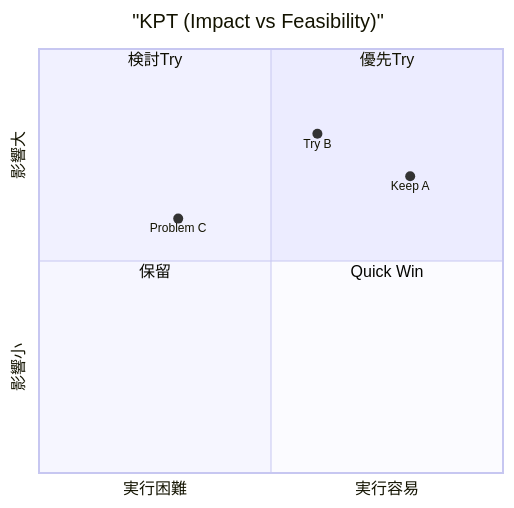
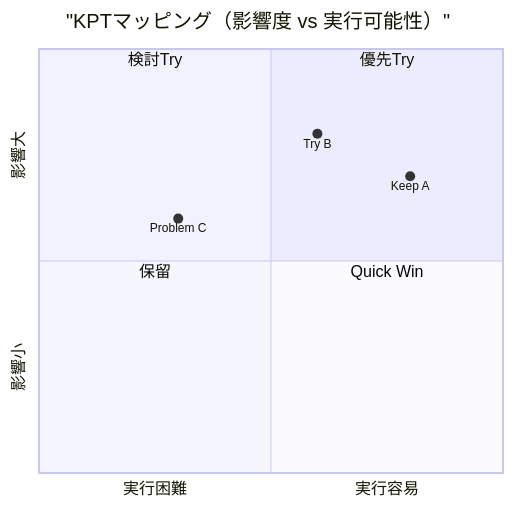
The diagram in docs/templates/productivity/kpt-retrospective-ja.md (9BwgeBTPG-QH/mark-it-down), drawn with Mermaid before and after one commit.

Commit message:
Translate KPT chart title to Japanese for improved clarity
- Updated the KPT chart title in the Japanese retrospective template to "KPTマッピング（影響度 vs 実行可能性）" for better understanding among Japanese users.
- This change enhances the accessibility and usability of the template for the intended audience.

````diff
--- a/docs/templates/productivity/kpt-retrospective-ja.md
+++ b/docs/templates/productivity/kpt-retrospective-ja.md
@@ -22,13 +22,13 @@
 ```mermaid
 quadrantChart
-    title "KPT (Impact vs Feasibility)"
+    title "KPTマッピング（影響度 vs 実行可能性）"
     x-axis "実行困難" --> "実行容易"
     y-axis "影響小" --> "影響大"
     quadrant-1 "優先Try"
     quadrant-2 "検討Try"
     quadrant-3 "保留"
     quadrant-4 "Quick Win"
     "Keep A": [0.8, 0.7]
     "Try B": [0.6, 0.8]
     "Problem C": [0.3, 0.6]
 ```
````
